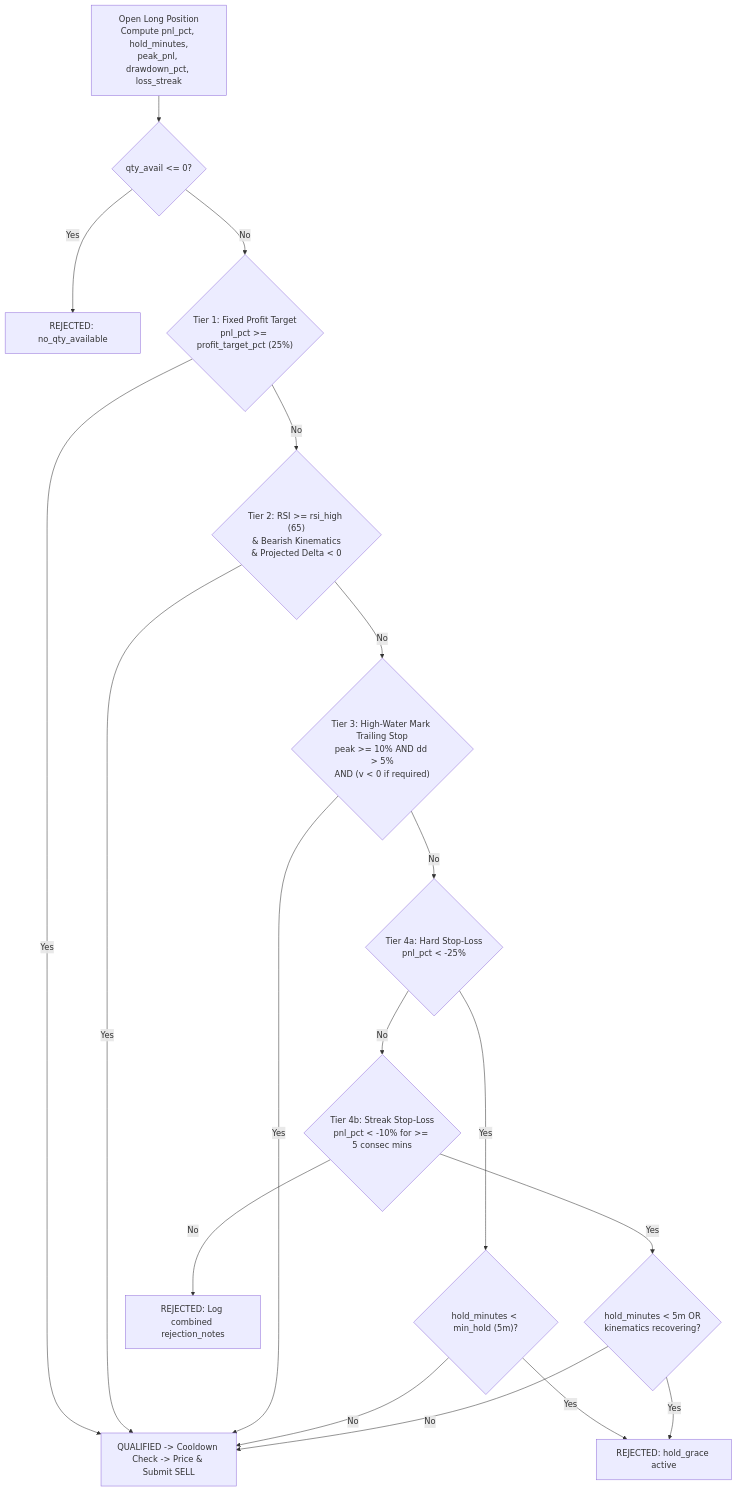
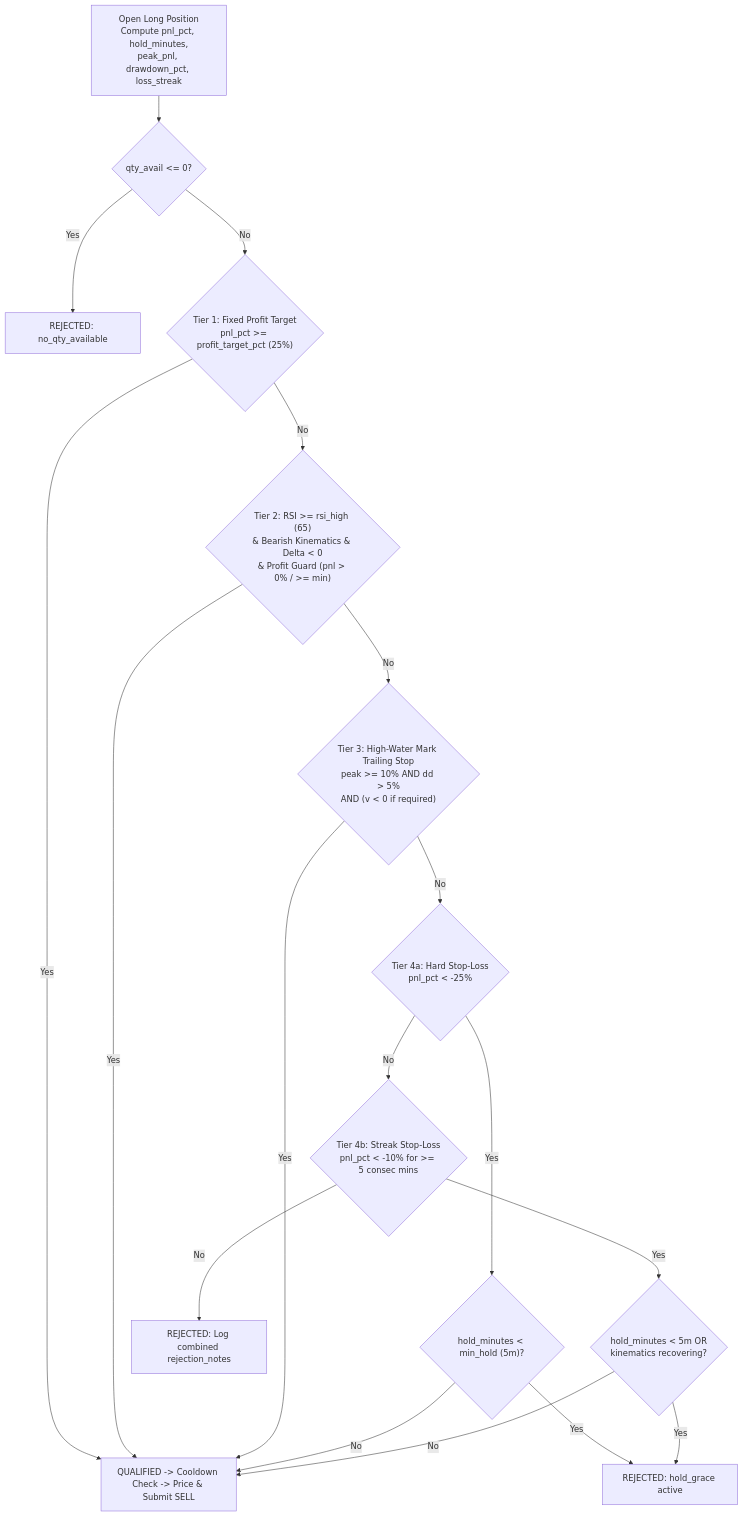
One commit to billt408/jboa-1 changed the third of 3 diagrams in src/docs/TRADING_ALGORITHMS_AND_RISK.md. Above: the diagram before and after it, drawn with Mermaid. The commit also changed other lines of this file and 11 other files, not shown here.

````diff
--- a/src/docs/TRADING_ALGORITHMS_AND_RISK.md
+++ b/src/docs/TRADING_ALGORITHMS_AND_RISK.md
@@ -339,20 +339,20 @@
 ```mermaid
 flowchart TD
     POS["Open Long Position<br/>Compute pnl_pct, hold_minutes,<br/>peak_pnl, drawdown_pct, loss_streak"] --> G0{"qty_avail <= 0?"}
     G0 -->|Yes| R0["REJECTED: no_qty_available"]
     G0 -->|No| T1{"Tier 1: Fixed Profit Target<br/>pnl_pct >= profit_target_pct (25%)"}
     T1 -->|Yes| EXIT["QUALIFIED -> Cooldown Check -> Price & Submit SELL"]
-    T1 -->|No| T2{"Tier 2: RSI >= rsi_high (65)<br/>& Bearish Kinematics<br/>& Projected Delta < 0"}
+    T1 -->|No| T2{"Tier 2: RSI >= rsi_high (65)<br/>& Bearish Kinematics & Delta < 0<br/>& Profit Guard (pnl > 0% / >= min)"}
     T2 -->|Yes| EXIT
     T2 -->|No| T3{"Tier 3: High-Water Mark Trailing Stop<br/>peak >= 10% AND dd > 5%<br/>AND (v < 0 if required)"}
     T3 -->|Yes| EXIT
     T3 -->|No| T4A{"Tier 4a: Hard Stop-Loss<br/>pnl_pct < -25%"}
     T4A -->|Yes| HG1{"hold_minutes < min_hold (5m)?"}
     HG1 -->|Yes| HOLD["REJECTED: hold_grace active"]
     HG1 -->|No| EXIT
     T4A -->|No| T4B{"Tier 4b: Streak Stop-Loss<br/>pnl_pct < -10% for >= 5 consec mins"}
     T4B -->|Yes| HG2{"hold_minutes < 5m OR<br/>kinematics recovering?"}
     HG2 -->|Yes| HOLD
     HG2 -->|No| EXIT
     T4B -->|No| REJ["REJECTED: Log combined rejection_notes"]
 ```
````
